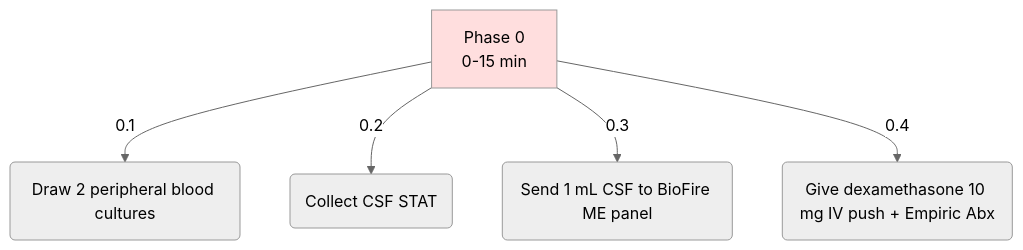
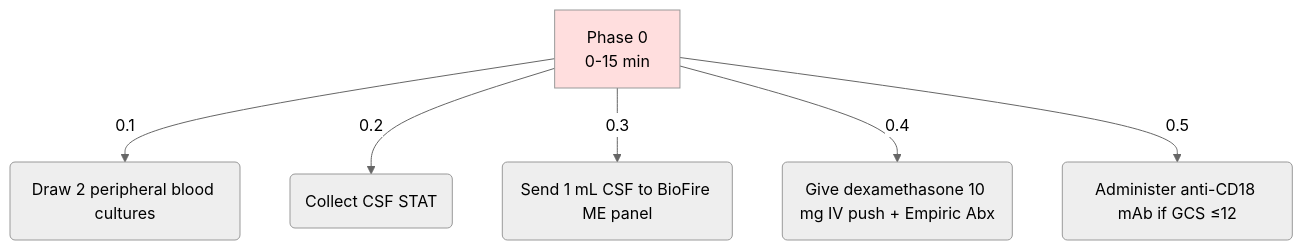
The first of 10 diagrams in openai_taelin_query.md (uumami/meningitis_protocol), drawn with Mermaid (neutral theme) before and after one commit. The commit also changed other lines of this file and 13 other files, not shown here.

````diff
--- a/openai_taelin_query.md
+++ b/openai_taelin_query.md
@@ -16,8 +17,9 @@
 ```mermaid
 graph TD
     P0[Phase 0<br>0-15 min] -->|0.1| Bld(Draw 2 peripheral blood cultures)
     P0 -->|0.2| CSF(Collect CSF STAT)
     P0 -->|0.3| BioFire(Send 1 mL CSF to BioFire ME panel)
     P0 -->|0.4| Dex(Give dexamethasone 10 mg IV push + Empiric Abx)
+    P0 -->|0.5| AntiCD18(Administer anti-CD18 mAb if GCS ≤12)
     style P0 fill:#ffdede
 ```
````
